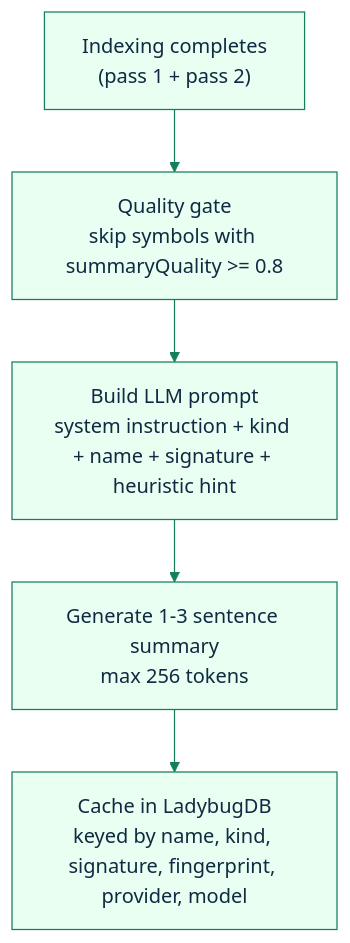
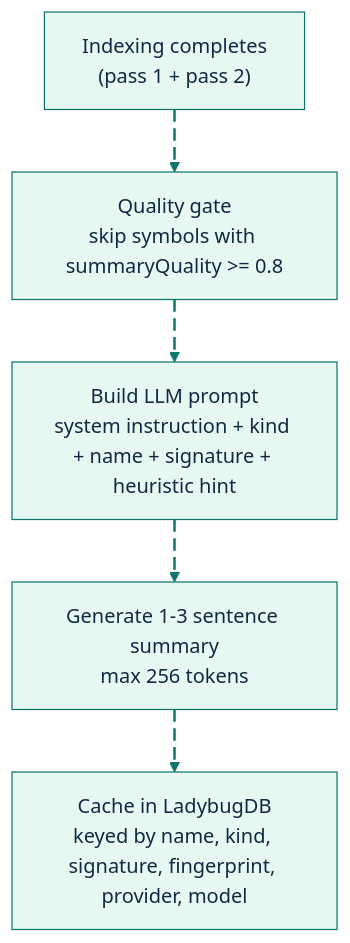
Diagram 11 of 13 in docs/feature-deep-dives/semantic-engine.md (GlitterKill/sdl-mcp), drawn with Mermaid before and after one commit. The commit also changed other lines of this file and 33 other files, not shown here.

First line of the commit message:
docs: update mermaid diagram themes and styling across documentation

````diff
--- a/docs/feature-deep-dives/semantic-engine.md
+++ b/docs/feature-deep-dives/semantic-engine.md
@@ -584,8 +676,17 @@
 ```mermaid
-%%{init: {"theme":"base","themeVariables":{"primaryColor":"#e8fff1","primaryBorderColor":"#157f5b","primaryTextColor":"#102a43","secondaryColor":"#eef6ff","secondaryBorderColor":"#2563eb","tertiaryColor":"#fff4d6","tertiaryBorderColor":"#b45309","lineColor":"#157f5b","fontFamily":"Trebuchet MS, Arial"},"flowchart":{"curve":"basis"}}}%%
+%%{init: {"theme":"base","themeVariables":{"background":"#ffffff","primaryColor":"#E7F8F2","primaryBorderColor":"#0F766E","primaryTextColor":"#102A43","secondaryColor":"#E8F1FF","secondaryBorderColor":"#2563EB","secondaryTextColor":"#102A43","tertiaryColor":"#FFF4D6","tertiaryBorderColor":"#B45309","tertiaryTextColor":"#102A43","lineColor":"#0F766E","textColor":"#102A43","fontFamily":"Inter, ui-sans-serif, system-ui, -apple-system, BlinkMacSystemFont, Segoe UI, sans-serif"},"flowchart":{"curve":"basis","htmlLabels":true}}}%%
 flowchart TD
-    Indexing["Indexing completes<br/>(pass 1 + pass 2)"] --> Gate["Quality gate<br/>skip symbols with summaryQuality >= 0.8"]
-    Gate --> Prompt["Build LLM prompt<br/>system instruction + kind + name + signature + heuristic hint"]
-    Prompt --> Summary["Generate 1-3 sentence summary<br/>max 256 tokens"]
-    Summary --> Cache["Cache in LadybugDB<br/>keyed by name, kind, signature, fingerprint, provider, model"]
+    Indexing["Indexing completes<br/>(pass 1 + pass 2)"] e1@--> Gate["Quality gate<br/>skip symbols with summaryQuality >= 0.8"]
+    Gate e2@--> Prompt["Build LLM prompt<br/>system instruction + kind + name + signature + heuristic hint"]
+    Prompt e3@--> Summary["Generate 1-3 sentence summary<br/>max 256 tokens"]
+    Summary e4@--> Cache["Cache in LadybugDB<br/>keyed by name, kind, signature, fingerprint, provider, model"]
+
+    classDef source fill:#E7F8F2,stroke:#0F766E,stroke-width:2px,color:#102A43;
+    classDef process fill:#E8F1FF,stroke:#2563EB,stroke-width:2px,color:#102A43;
+    classDef decision fill:#FFF4D6,stroke:#B45309,stroke-width:2px,color:#102A43;
+    classDef storage fill:#F2E8FF,stroke:#7C3AED,stroke-width:2px,color:#102A43;
+    classDef output fill:#FFE8EF,stroke:#BE123C,stroke-width:2px,color:#102A43;
+    classDef muted fill:#F8FAFC,stroke:#64748B,stroke-width:1px,color:#102A43;
+    classDef animate stroke:#0F766E,stroke-width:2px,stroke-dasharray:10\,5,stroke-dashoffset:900,animation:dash 22s linear infinite;
+    class e1,e2,e3,e4 animate;
 ```
````
